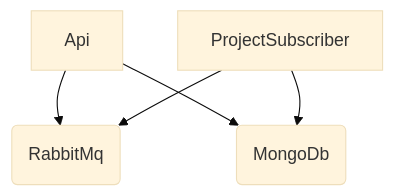
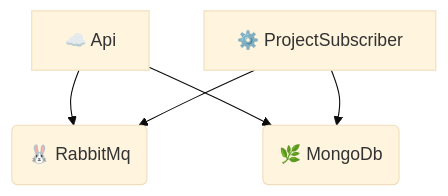
One commit to mdelvallemurcia/dotnet-microservice changed the diagram in readme.md. Above: the diagram before and after it, drawn with Mermaid (base theme). The commit also changed other lines of this file and 3 other files, not shown here.

````diff
--- a/readme.md
+++ b/readme.md
@@ -12,12 +11,13 @@
 ```mermaid
 flowchart TD
-    A[Api]
-    B(RabbitMq)
-    C(MongoDb)
-    D[ProjectSubscriber]
+    A[☁️ Api]
+    B(🐰 RabbitMq)
+    C(🌿 MongoDb)
+    D[⚙️ ProjectSubscriber]
 
     A --> B
     A --> C
     D --> B
-    D --> C
+    D --> C    
+    
 ```
````
